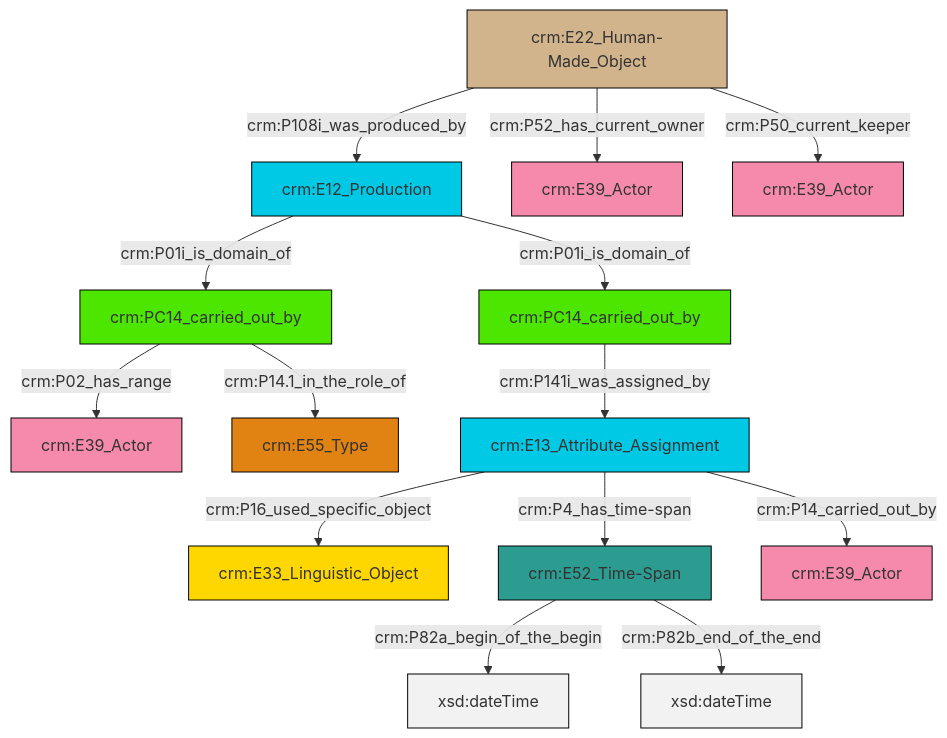
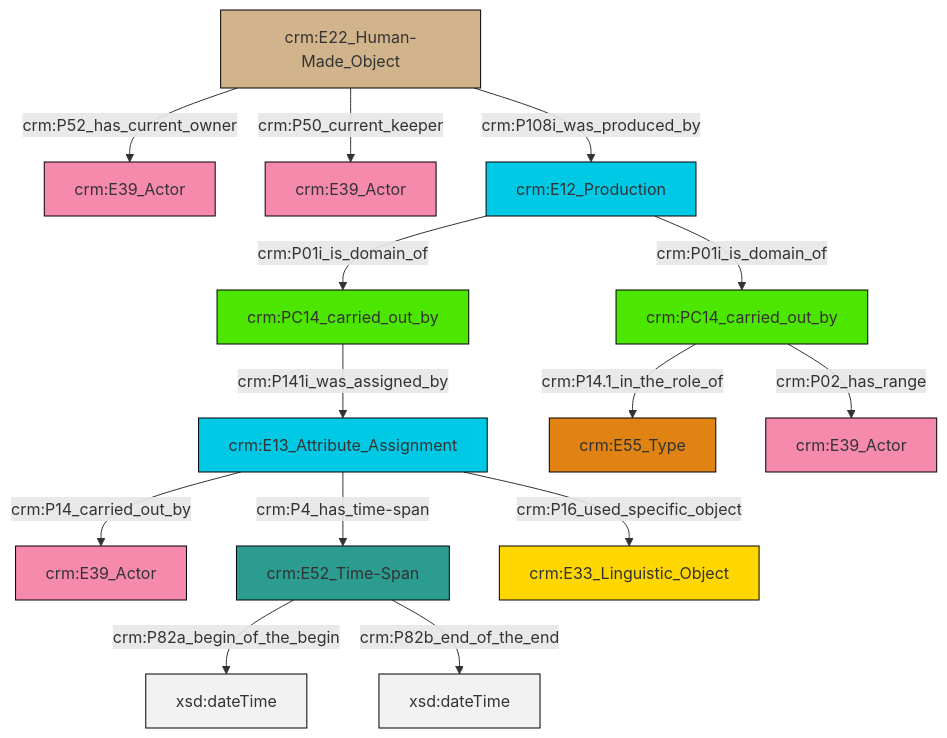
The diagram in et/carrierCSV/ttl/mmd/carrier_relations.ttl.mmd (swiss-art-research-net/docs.swissartresearch), drawn with Mermaid before and after one commit. The commit also changed 175 other files, not shown here.

```diff
--- a/et/carrierCSV/ttl/mmd/carrier_relations.ttl.mmd
+++ b/et/carrierCSV/ttl/mmd/carrier_relations.ttl.mmd
@@ -1,28 +1,28 @@
 graph TD
 classDef Literal fill:#f2f2f2,stroke:#000000;
 classDef CRM_Entity fill:#FFFFFF,stroke:#000000;
 classDef Temporal_Entity fill:#00C9E6, stroke:#000000;
 classDef Type fill:#E18312, stroke:#000000;
 classDef Time-Span fill:#2C9C91, stroke:#000000;
 classDef Appellation fill:#FFEB7F, stroke:#000000;
 classDef Place fill:#008836, stroke:#000000;
 classDef Persistent_Item fill:#B266B2, stroke:#000000;
 classDef Conceptual_Object fill:#FFD700, stroke:#000000;
 classDef Physical_Thing fill:#D2B48C, stroke:#000000;
 classDef Actor fill:#f58aad, stroke:#000000;
 classDef PC_Classes fill:#4ce600, stroke:#000000;
 classDef Multi fill:#cccccc,stroke:#000000;
 
 2["crm:PC14_carried_out_by"]:::PC_Classes -->|crm:P14.1_in_the_role_of| 3["crm:E55_Type"]:::Type
-4["crm:E13_Attribute_Assignment"]:::Temporal_Entity -->|crm:P16_used_specific_object| 5["crm:E33_Linguistic_Object"]:::Conceptual_Object
-10["crm:E52_Time-Span"]:::Time-Span -->|crm:P82a_begin_of_the_begin| 11[xsd:dateTime]:::Literal
-4["crm:E13_Attribute_Assignment"]:::Temporal_Entity -->|crm:P14_carried_out_by| 12["crm:E39_Actor"]:::Actor
-13["crm:E22_Human-Made_Object"]:::Physical_Thing -->|crm:P108i_was_produced_by| 8["crm:E12_Production"]:::Temporal_Entity
-2["crm:PC14_carried_out_by"]:::PC_Classes -->|crm:P02_has_range| 0["crm:E39_Actor"]:::Actor
-6["crm:PC14_carried_out_by"]:::PC_Classes -->|crm:P141i_was_assigned_by| 4["crm:E13_Attribute_Assignment"]:::Temporal_Entity
-10["crm:E52_Time-Span"]:::Time-Span -->|crm:P82b_end_of_the_end| 19[xsd:dateTime]:::Literal
-13["crm:E22_Human-Made_Object"]:::Physical_Thing -->|crm:P52_has_current_owner| 15["crm:E39_Actor"]:::Actor
-13["crm:E22_Human-Made_Object"]:::Physical_Thing -->|crm:P50_current_keeper| 17["crm:E39_Actor"]:::Actor
+4["crm:E52_Time-Span"]:::Time-Span -->|crm:P82a_begin_of_the_begin| 5[xsd:dateTime]:::Literal
+6["crm:PC14_carried_out_by"]:::PC_Classes -->|crm:P141i_was_assigned_by| 7["crm:E13_Attribute_Assignment"]:::Temporal_Entity
 8["crm:E12_Production"]:::Temporal_Entity -->|crm:P01i_is_domain_of| 6["crm:PC14_carried_out_by"]:::PC_Classes
-4["crm:E13_Attribute_Assignment"]:::Temporal_Entity -->|crm:P4_has_time-span| 10["crm:E52_Time-Span"]:::Time-Span
+7["crm:E13_Attribute_Assignment"]:::Temporal_Entity -->|crm:P14_carried_out_by| 0["crm:E39_Actor"]:::Actor
+11["crm:E22_Human-Made_Object"]:::Physical_Thing -->|crm:P52_has_current_owner| 12["crm:E39_Actor"]:::Actor
+2["crm:PC14_carried_out_by"]:::PC_Classes -->|crm:P02_has_range| 13["crm:E39_Actor"]:::Actor
+11["crm:E22_Human-Made_Object"]:::Physical_Thing -->|crm:P50_current_keeper| 14["crm:E39_Actor"]:::Actor
+11["crm:E22_Human-Made_Object"]:::Physical_Thing -->|crm:P108i_was_produced_by| 8["crm:E12_Production"]:::Temporal_Entity
 8["crm:E12_Production"]:::Temporal_Entity -->|crm:P01i_is_domain_of| 2["crm:PC14_carried_out_by"]:::PC_Classes
+4["crm:E52_Time-Span"]:::Time-Span -->|crm:P82b_end_of_the_end| 16[xsd:dateTime]:::Literal
+7["crm:E13_Attribute_Assignment"]:::Temporal_Entity -->|crm:P4_has_time-span| 4["crm:E52_Time-Span"]:::Time-Span
+7["crm:E13_Attribute_Assignment"]:::Temporal_Entity -->|crm:P16_used_specific_object| 24["crm:E33_Linguistic_Object"]:::Conceptual_Object
```
